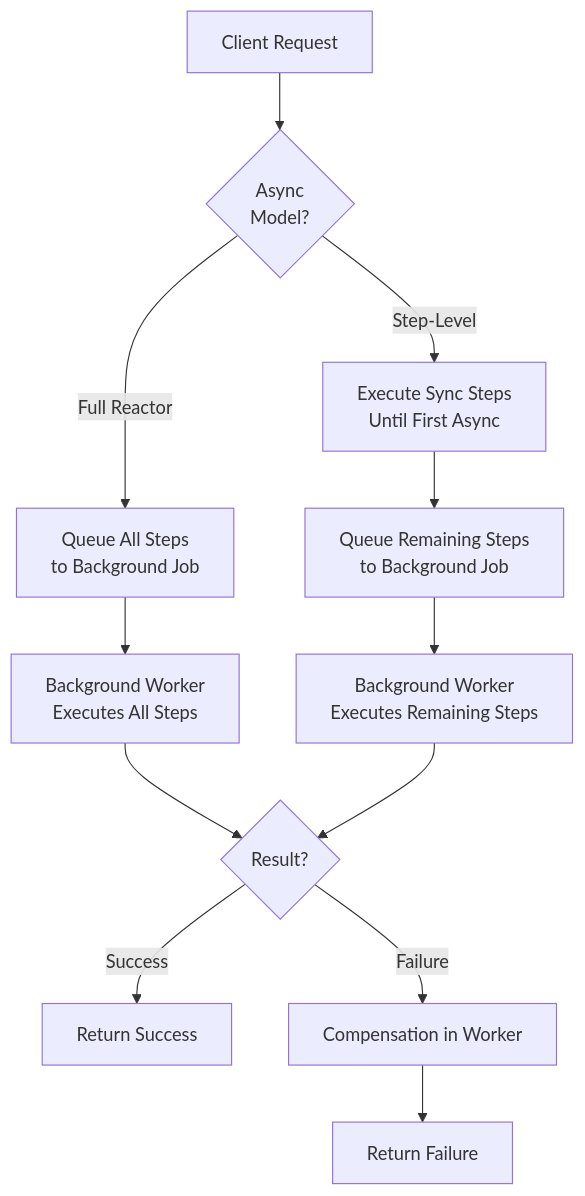
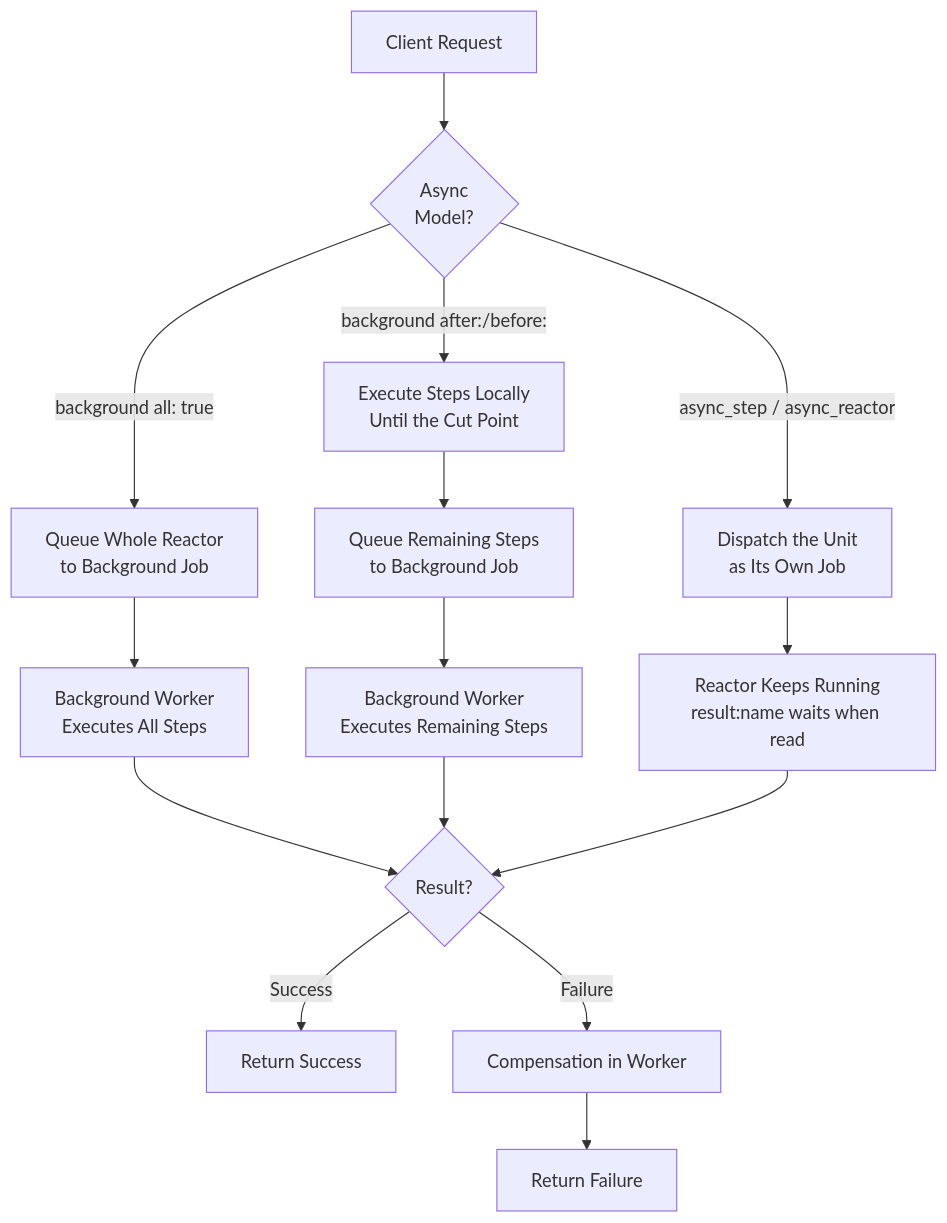
The second of 2 diagrams in documentation/README.md (arturictus/ruby_reactor), drawn with Mermaid before and after one commit. The commit also changed other lines of this file and 187 other files, not shown here.

First line of the commit message:
feat: Async steps and reactors, background DSL instead of `async` (#46)

````diff
--- a/documentation/README.md
+++ b/documentation/README.md
@@ -112,14 +112,17 @@
 ```mermaid
 graph TD
     A[Client Request] --> B{Async<br/>Model?}
-    B -->|Full Reactor| C[Queue All Steps<br/>to Background Job]
-    B -->|Step-Level| D[Execute Sync Steps<br/>Until First Async]
+    B -->|background all: true| C[Queue Whole Reactor<br/>to Background Job]
+    B -->|background after:/before:| D[Execute Steps Locally<br/>Until the Cut Point]
+    B -->|async_step / async_reactor| L[Dispatch the Unit<br/>as Its Own Job]
     C --> E[Background Worker<br/>Executes All Steps]
     D --> F[Queue Remaining Steps<br/>to Background Job]
     F --> G[Background Worker<br/>Executes Remaining Steps]
+    L --> M[Reactor Keeps Running<br/>result:name waits when read]
     E --> H{Result?}
     G --> H
+    M --> H
     H -->|Success| I[Return Success]
     H -->|Failure| J[Compensation in Worker]
     J --> K[Return Failure]
 ```
````
